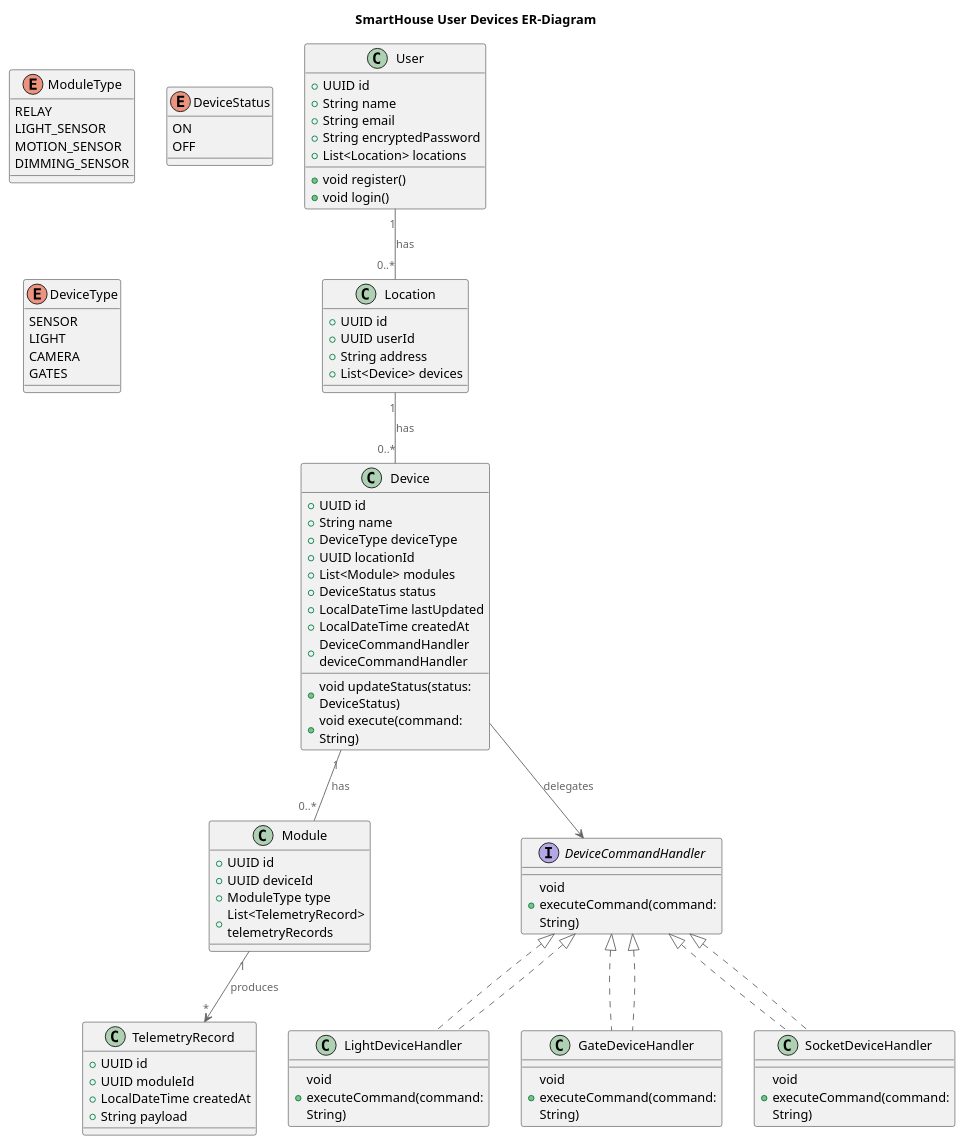
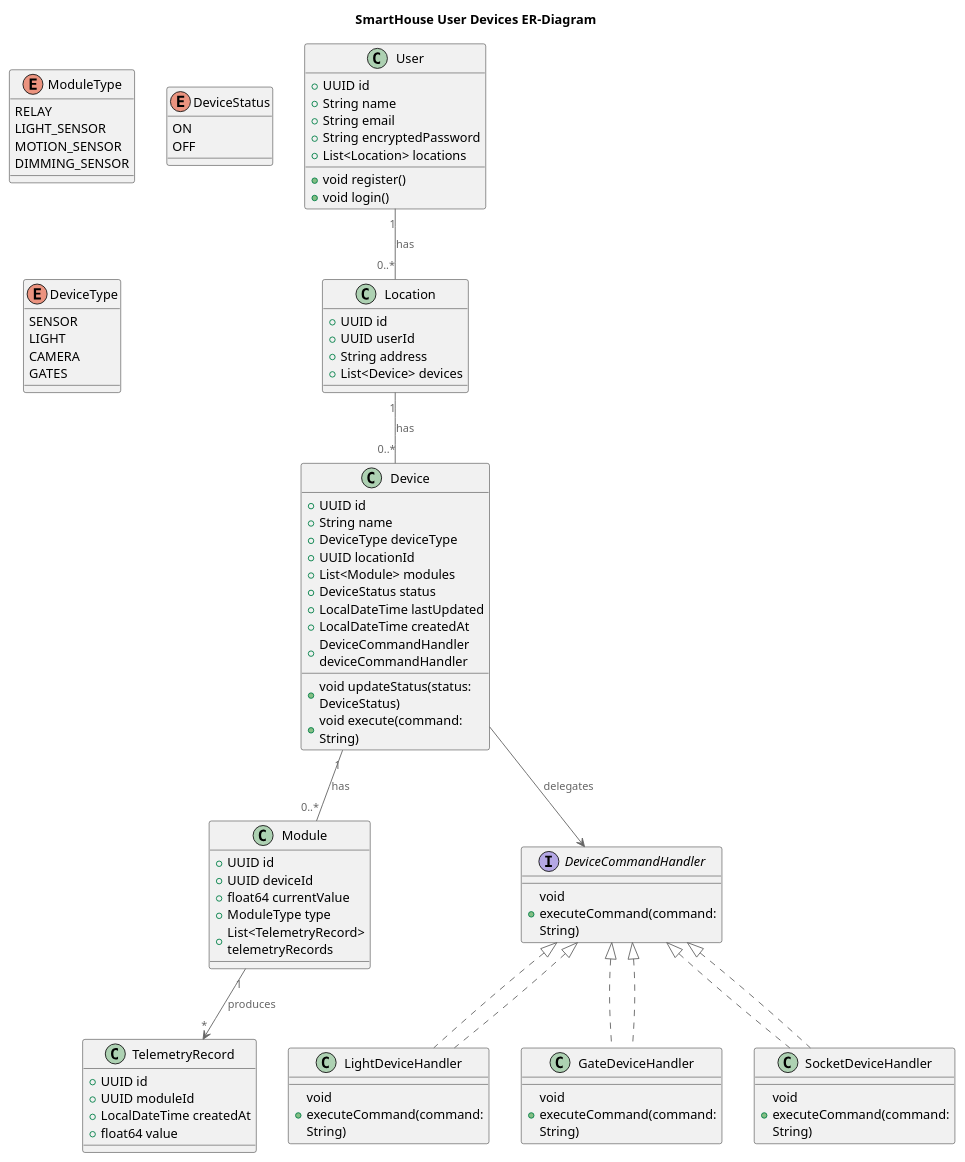
One commit to ZhurkinAngular/Warmhouse changed the diagram in schemas/Entity_Relation_task_3.puml. Above: the diagram before and after it, drawn with PlantUML. The commit also changed 3 other files, not shown here.

```diff
--- a/schemas/Entity_Relation_task_3.puml
+++ b/schemas/Entity_Relation_task_3.puml
@@ -1,99 +1,100 @@
 @startuml
 title SmartHouse User Devices ER-Diagram
 
 top to bottom direction
 
 !includeurl https://raw.githubusercontent.com/RicardoNiepel/C4-PlantUML/master/C4_Component.puml
 
 class User {
   +UUID id
   +String name
   +String email
   +String encryptedPassword
   +List<Location> locations
   +void register()
   +void login()
 }
 
 class Location {
     +UUID id
     +UUID userId
     +String address
     +List<Device> devices
 }
 
 class Device {
   +UUID id
   +String name
   +DeviceType deviceType
   +UUID locationId
   +List<Module> modules
   +DeviceStatus status
   +LocalDateTime lastUpdated
   +LocalDateTime createdAt
   +DeviceCommandHandler deviceCommandHandler
   +void updateStatus(status: DeviceStatus)
   +void execute(command: String)
 }
 
 class Module {
     +UUID id
     +UUID deviceId
+    +float64 currentValue
     +ModuleType type
     +List<TelemetryRecord> telemetryRecords
 }
 
 interface DeviceCommandHandler {
   +void executeCommand(command: String)
 }
 
 class LightDeviceHandler implements DeviceCommandHandler {
   +void executeCommand(command: String)
 }
 
 class GateDeviceHandler implements DeviceCommandHandler {
   +void executeCommand(command: String)
 }
 
 class SocketDeviceHandler implements DeviceCommandHandler {
   +void executeCommand(command: String)
 }
 
 class TelemetryRecord {
   +UUID id
   +UUID moduleId
   +LocalDateTime createdAt
-  +String payload
+  +float64 value
 }
 
 enum ModuleType {
     RELAY
     LIGHT_SENSOR
     MOTION_SENSOR
     DIMMING_SENSOR
 }
 
 enum DeviceStatus {
   ON
   OFF
 }
 
 enum DeviceType {
   SENSOR
   LIGHT
   CAMERA
   GATES
 }
 
 Device --> DeviceCommandHandler : delegates
 DeviceCommandHandler <|.. LightDeviceHandler
 DeviceCommandHandler <|.. GateDeviceHandler
 DeviceCommandHandler <|.. SocketDeviceHandler
 
 User "1" -- "0..*" Location : has
 Location "1" -- "0..*" Device : has
 Device "1" -- "0..*" Module : has
 Module "1" --> "*" TelemetryRecord : produces
 
 
 @enduml
```
